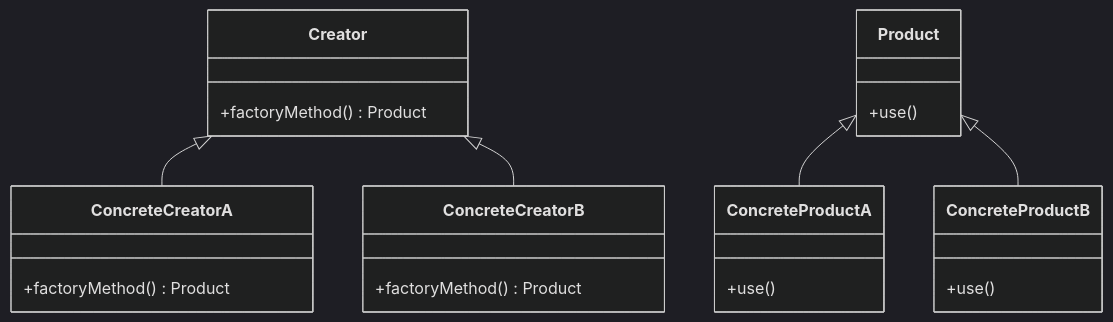
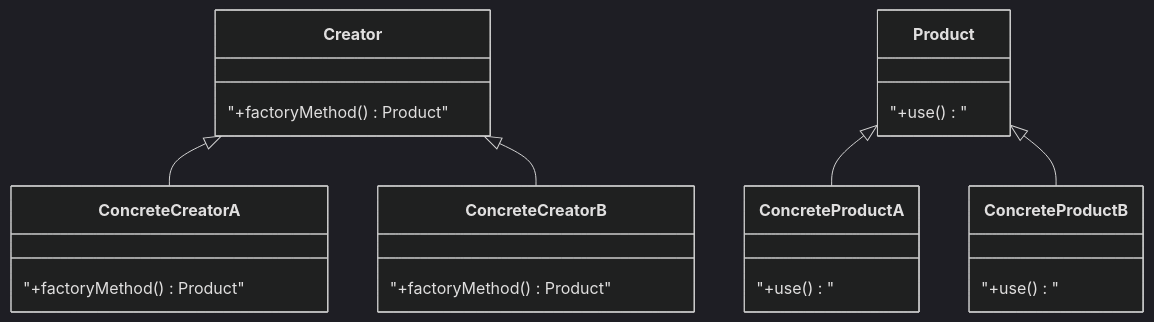
Before and after one commit to 42jerrykim/42jerrykim.github.io: the second of 8 diagrams in content/post/2024/2024-08-21-factory-method/index.md, drawn with Mermaid (dark theme). The commit also changed other lines of this file and 239 other files, not shown here.

````diff
--- a/content/post/2024/2024-08-21-factory-method/index.md
+++ b/content/post/2024/2024-08-21-factory-method/index.md
@@ -311,26 +345,26 @@
 ```mermaid
 classDiagram
     class Creator {
-        +factoryMethod() Product
+        "+factoryMethod() Product"
     }
     class ConcreteCreatorA {
-        +factoryMethod() Product
+        "+factoryMethod() Product"
     }
     class ConcreteCreatorB {
-        +factoryMethod() Product
+        "+factoryMethod() Product"
     }
     class Product {
-        +use()
+        "+use()"
     }
     class ConcreteProductA {
-        +use()
+        "+use()"
     }
     class ConcreteProductB {
-        +use()
+        "+use()"
     }
 
     Creator <|-- ConcreteCreatorA
     Creator <|-- ConcreteCreatorB
     Product <|-- ConcreteProductA
     Product <|-- ConcreteProductB
 ```
````
